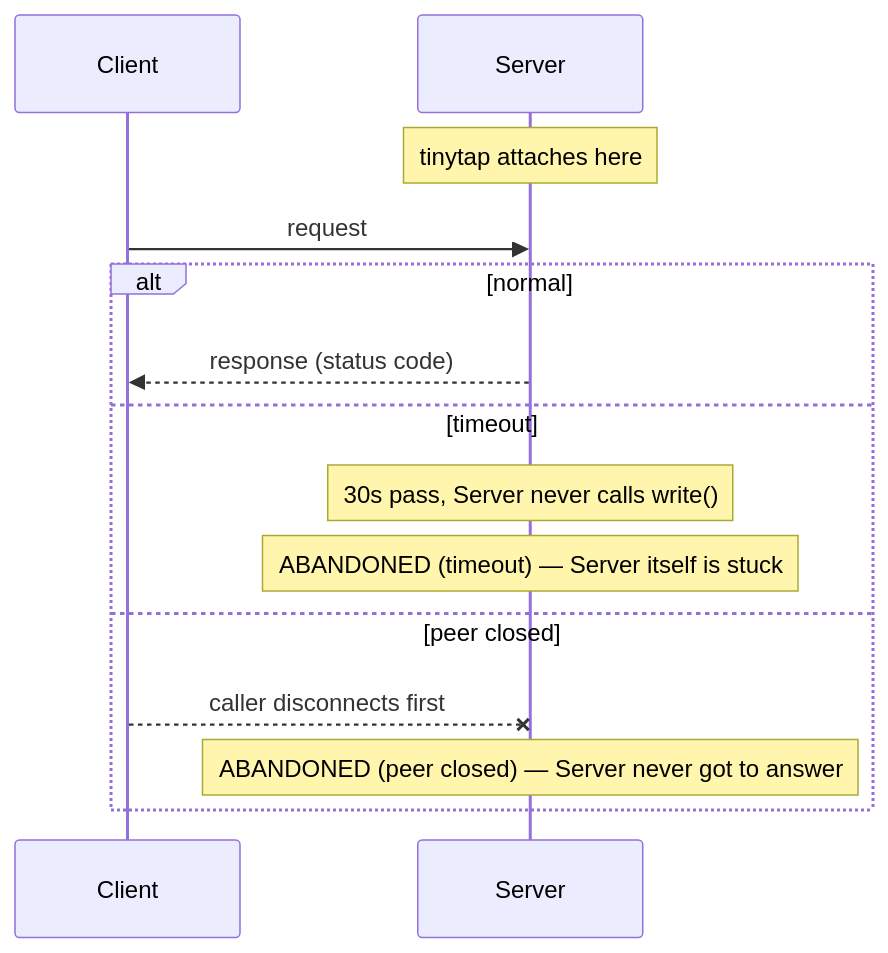
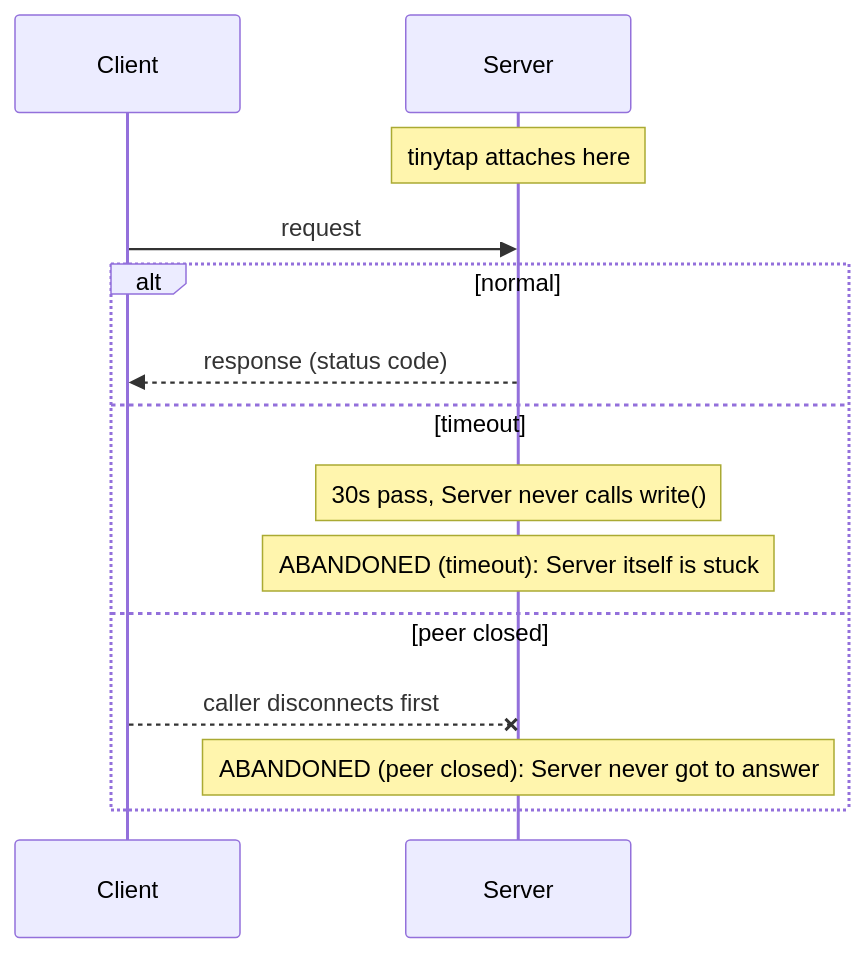
Before and after one commit to shinagawa-web/tinytap: the second of 5 diagrams in site/content/docs/use-cases.md, drawn with Mermaid. The commit also changed other lines of this file and 17 other files, not shown here.

````diff
--- a/site/content/docs/use-cases.md
+++ b/site/content/docs/use-cases.md
@@ -62,16 +62,16 @@
 ```mermaid
 sequenceDiagram
     participant Client
     participant Server
     Note over Server: tinytap attaches here
     Client->>Server: request
     alt normal
         Server-->>Client: response (status code)
     else timeout
         Note over Server: 30s pass, Server never calls write()
-        Note over Server: ABANDONED (timeout) — Server itself is stuck
+        Note over Server: ABANDONED (timeout): Server itself is stuck
     else peer closed
         Client--xServer: caller disconnects first
-        Note over Server: ABANDONED (peer closed) — Server never got to answer
+        Note over Server: ABANDONED (peer closed): Server never got to answer
     end
 ```
````
